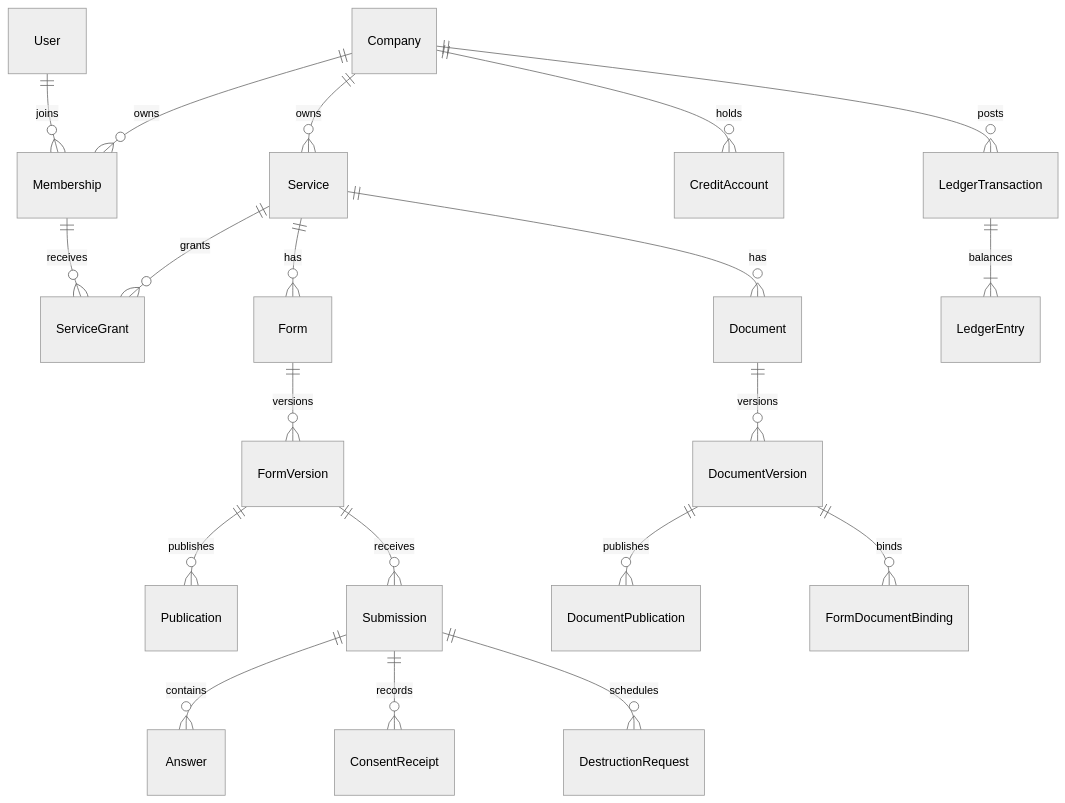
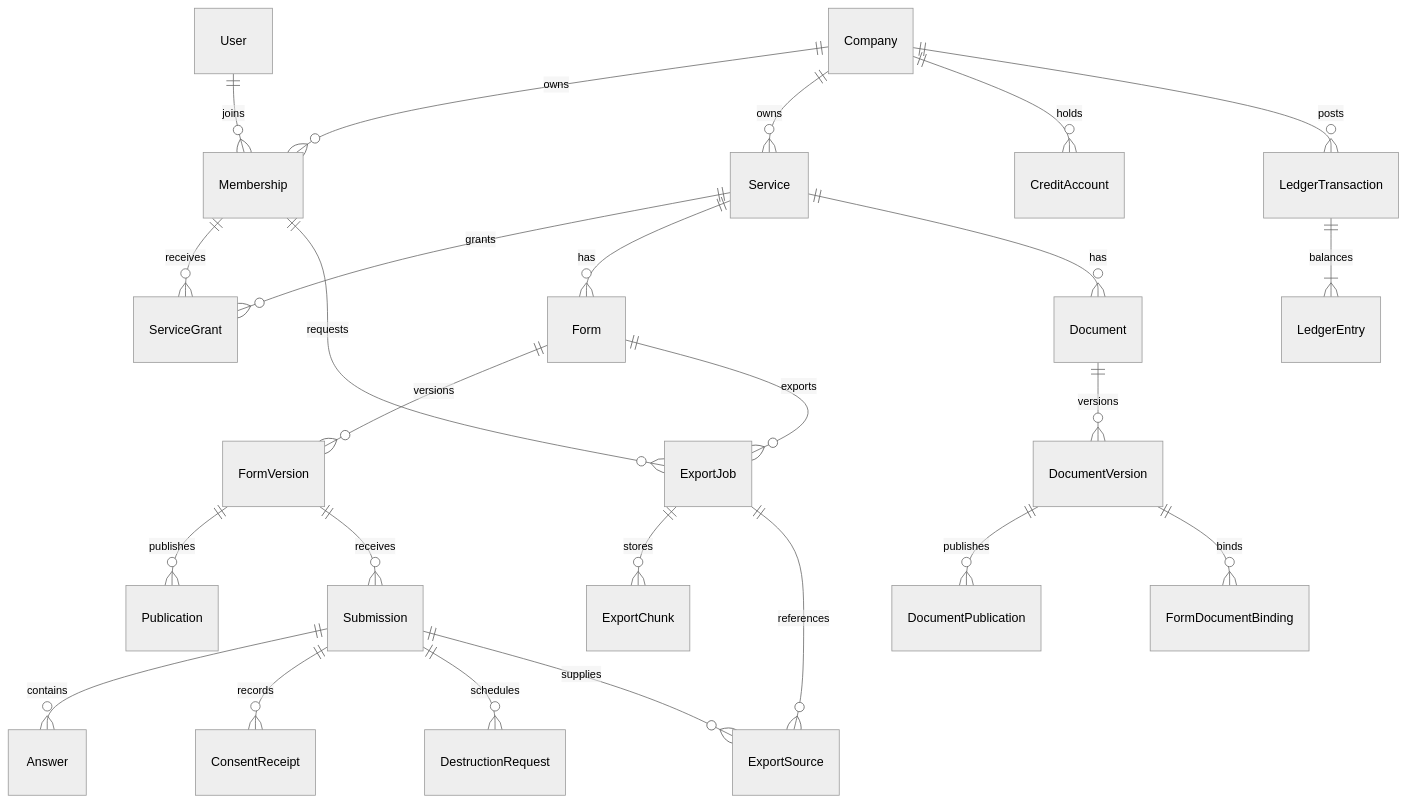
The diagram in docs/planning/contracts/README.md (leecg39/catchsecu), drawn with Mermaid (neutral theme) before and after one commit. The commit also changed other lines of this file and 1303 other files, not shown here.

````diff
--- a/docs/planning/contracts/README.md
+++ b/docs/planning/contracts/README.md
@@ -16,22 +16,27 @@
 ```mermaid
 erDiagram
   User ||--o{ Membership : joins
   Company ||--o{ Membership : owns
   Company ||--o{ Service : owns
   Membership ||--o{ ServiceGrant : receives
   Service ||--o{ ServiceGrant : grants
   Service ||--o{ Form : has
   Form ||--o{ FormVersion : versions
   FormVersion ||--o{ Publication : publishes
   FormVersion ||--o{ Submission : receives
   Submission ||--o{ Answer : contains
   Submission ||--o{ ConsentReceipt : records
   Submission ||--o{ DestructionRequest : schedules
+  Membership ||--o{ ExportJob : requests
+  Form ||--o{ ExportJob : exports
+  ExportJob ||--o{ ExportChunk : stores
+  ExportJob ||--o{ ExportSource : references
+  Submission ||--o{ ExportSource : supplies
   Service ||--o{ Document : has
   Document ||--o{ DocumentVersion : versions
   DocumentVersion ||--o{ DocumentPublication : publishes
   DocumentVersion ||--o{ FormDocumentBinding : binds
   Company ||--o{ CreditAccount : holds
   Company ||--o{ LedgerTransaction : posts
   LedgerTransaction ||--|{ LedgerEntry : balances
 ```
````
